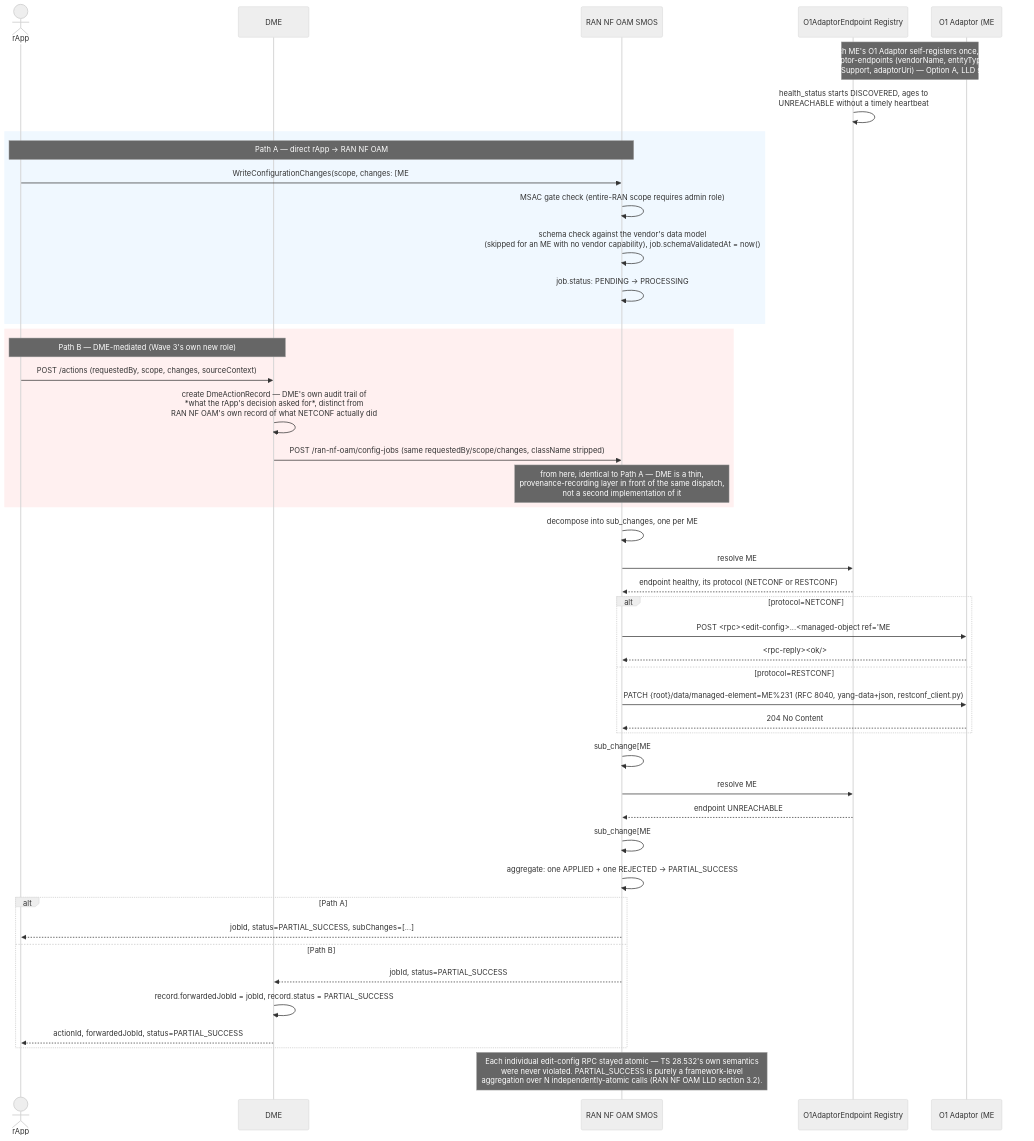
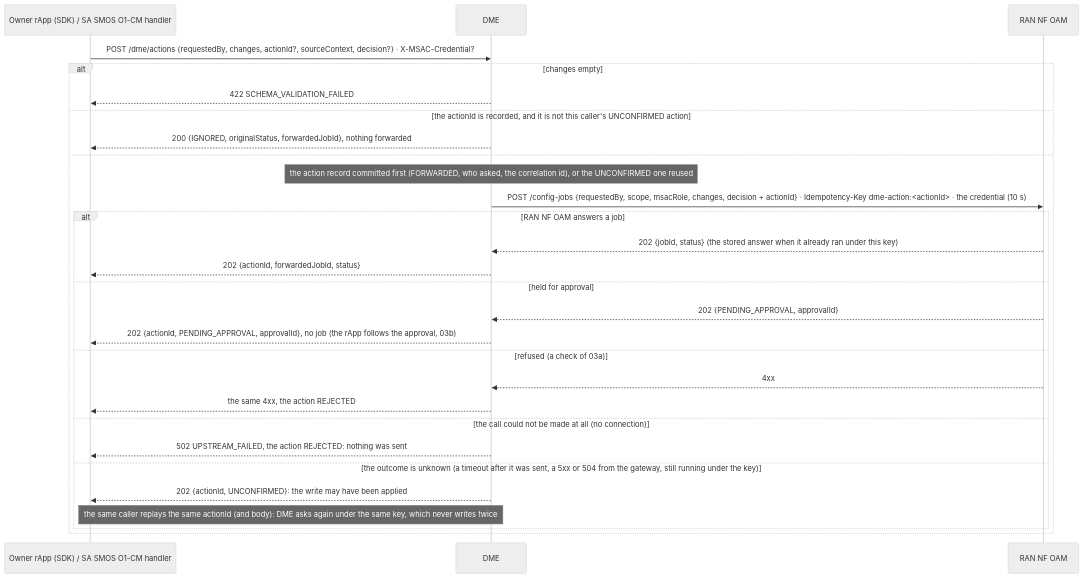
The sixth of 6 diagrams in smo/docs/call-flows/03-config-write-with-schema-check.md (rsys-bshankar/ai-ran-smo), drawn with Mermaid (neutral theme) before and after one commit. The commit also changed other lines of this file and 24 other files, not shown here.

First line of the commit message:
Call flow 03 rewritten: a configuration write is saved before it is sent, and DME recovers an outcome it did not learn (DOC-CF-1.8)

````diff
--- a/smo/docs/call-flows/03-config-write-with-schema-check.md
+++ b/smo/docs/call-flows/03-config-write-with-schema-check.md
@@ -72,54 +219,31 @@
 ```mermaid
 sequenceDiagram
-    actor rApp
+    participant R as Owner rApp (SDK) / SA SMOS O1-CM handler
     participant DME as DME
-    participant NFOAM as RAN NF OAM SMOS
-    participant Registry as O1AdaptorEndpoint Registry
-    participant EP1 as O1 Adaptor (ME #1)
+    participant OAM as RAN NF OAM
 
-    Note over EP1,Registry: Each ME's O1 Adaptor self-registers once, via<br/>POST /o1-adaptor-endpoints (vendorName, entityType, o1Protocol,<br/>protocolSupport, adaptorUri) — Option A, LLD section 1
-    Registry->>Registry: health_status starts DISCOVERED, ages to<br/>UNREACHABLE without a timely heartbeat
-
-    rect rgb(240, 248, 255)
-    Note over rApp,NFOAM: Path A — direct rApp -> RAN NF OAM
-    rApp->>NFOAM: WriteConfigurationChanges(scope, changes: [ME#1 change, ME#2 change])
-    NFOAM->>NFOAM: MSAC gate check (entire-RAN scope requires admin role)
-    NFOAM->>NFOAM: schema check against the vendor's data model<br/>(skipped for an ME with no vendor capability), job.schemaValidatedAt = now()
-    NFOAM->>NFOAM: job.status: PENDING -> PROCESSING
+    R->>DME: POST /dme/actions {requestedBy, changes, actionId?, sourceContext, decision?} · X-MSAC-Credential?
+    alt changes empty
+        DME-->>R: 422 SCHEMA_VALIDATION_FAILED
+    else the actionId is recorded, and it is not this caller's UNCONFIRMED action
+        DME-->>R: 200 {IGNORED, originalStatus, forwardedJobId}, nothing forwarded
+    else
+        Note over DME: the action record committed first (FORWARDED, who asked, the correlation id), or the UNCONFIRMED one reused
+        DME->>OAM: POST /config-jobs {requestedBy, scope, msacRole, changes, decision + actionId} · Idempotency-Key dme-action:<actionId> · the credential (10 s)
+        alt RAN NF OAM answers a job
+            OAM-->>DME: 202 {jobId, status} (the stored answer when it already ran under this key)
+            DME-->>R: 202 {actionId, forwardedJobId, status}
+        else held for approval
+            OAM-->>DME: 202 {PENDING_APPROVAL, approvalId}
+            DME-->>R: 202 {actionId, PENDING_APPROVAL, approvalId}, no job (the rApp follows the approval, 03b)
+        else refused (a check of 03a)
+            OAM-->>DME: 4xx
+            DME-->>R: the same 4xx, the action REJECTED
+        else the call could not be made at all (no connection)
+            DME-->>R: 502 UPSTREAM_FAILED, the action REJECTED: nothing was sent
+        else the outcome is unknown (a timeout after it was sent, a 5xx or 504 from the gateway, still running under the key)
+            DME-->>R: 202 {actionId, UNCONFIRMED}: the write may have been applied
+            Note over R,DME: the same caller replays the same actionId (and body): DME asks again under the same key, which never writes twice
+        end
     end
-
-    rect rgb(255, 240, 240)
-    Note over rApp,DME: Path B — DME-mediated (Wave 3's own new role)
-    rApp->>DME: POST /actions (requestedBy, scope, changes, sourceContext)
-    DME->>DME: create DmeActionRecord — DME's own audit trail of<br/>*what the rApp's decision asked for*, distinct from<br/>RAN NF OAM's own record of what NETCONF actually did
-    DME->>NFOAM: POST /ran-nf-oam/config-jobs (same requestedBy/scope/changes, className stripped)
-    Note over NFOAM: from here, identical to Path A — DME is a thin,<br/>provenance-recording layer in front of the same dispatch,<br/>not a second implementation of it
-    end
-
-    NFOAM->>NFOAM: decompose into sub_changes, one per ME
-    NFOAM->>Registry: resolve ME#1's endpoint
-    Registry-->>NFOAM: endpoint healthy, its protocol (NETCONF or RESTCONF)
-    alt protocol=NETCONF
-        NFOAM->>EP1: POST <rpc><edit-config>...<managed-object ref="ME#1" operation="merge">...(RFC 6241, netconf_client.py)
-        EP1-->>NFOAM: <rpc-reply><ok/>
-    else protocol=RESTCONF
-        NFOAM->>EP1: PATCH {root}/data/managed-element=ME%231 (RFC 8040, yang-data+json, restconf_client.py)
-        EP1-->>NFOAM: 204 No Content
-    end
-    NFOAM->>NFOAM: sub_change[ME#1].status = APPLIED
-
-    NFOAM->>Registry: resolve ME#2's endpoint
-    Registry-->>NFOAM: endpoint UNREACHABLE
-    NFOAM->>NFOAM: sub_change[ME#2].status = REJECTED (ENDPOINT_UNREACHABLE)
-
-    NFOAM->>NFOAM: aggregate: one APPLIED + one REJECTED -> PARTIAL_SUCCESS
-    alt Path A
-        NFOAM-->>rApp: jobId, status=PARTIAL_SUCCESS, subChanges=[...]
-    else Path B
-        NFOAM-->>DME: jobId, status=PARTIAL_SUCCESS
-        DME->>DME: record.forwardedJobId = jobId, record.status = PARTIAL_SUCCESS
-        DME-->>rApp: actionId, forwardedJobId, status=PARTIAL_SUCCESS
-    end
-
-    Note over NFOAM: Each individual edit-config RPC stayed atomic — TS 28.532's own semantics<br/>were never violated. PARTIAL_SUCCESS is purely a framework-level<br/>aggregation over N independently-atomic calls (RAN NF OAM LLD section 3.2).
 ```
````
